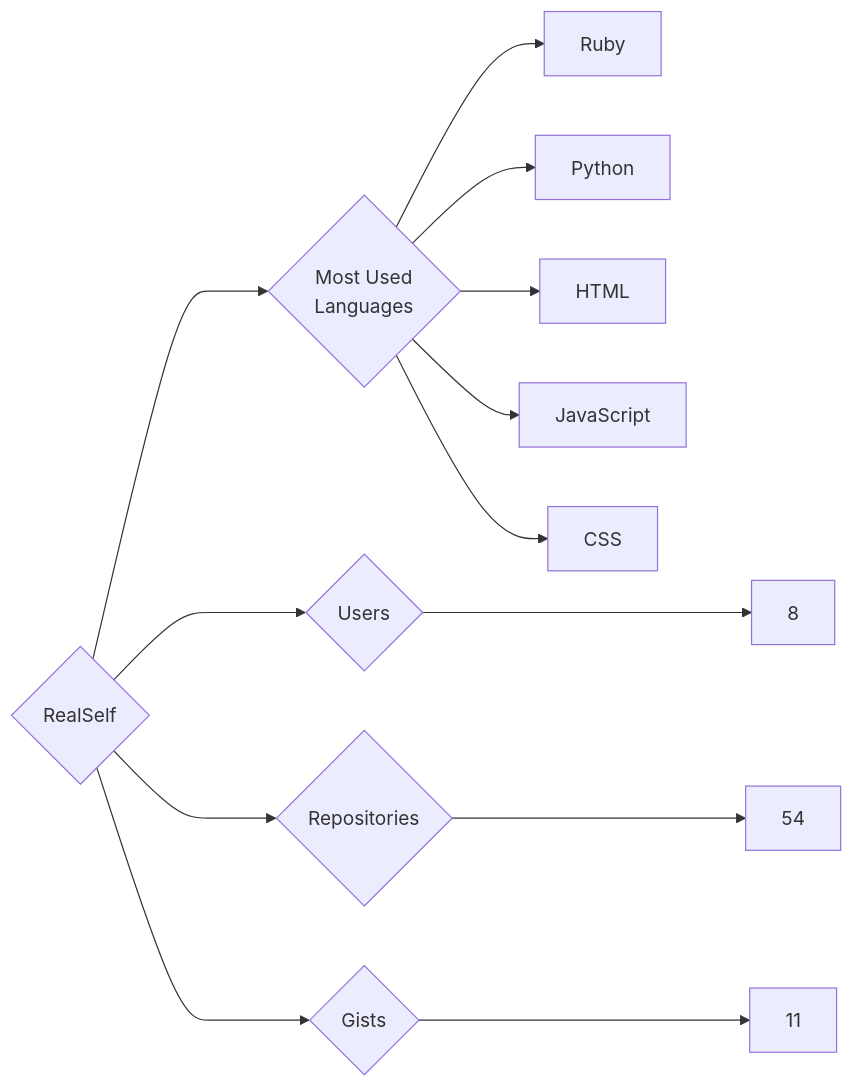
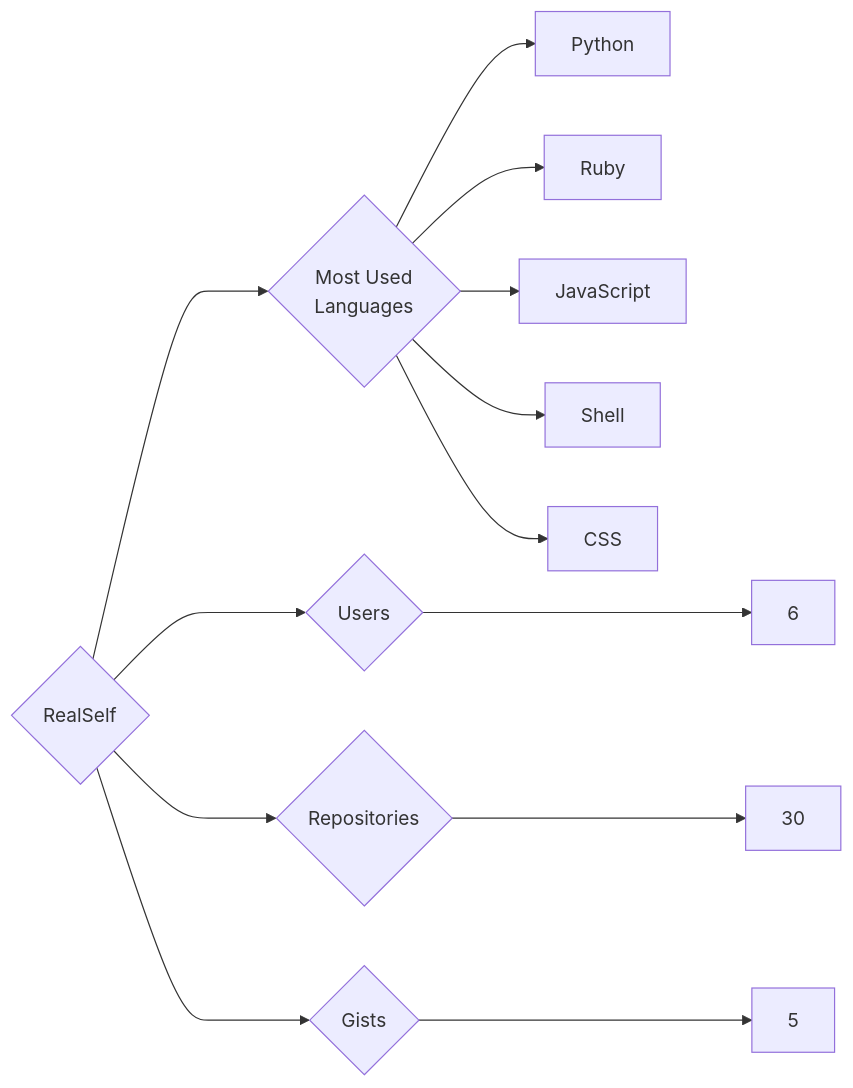
One commit to trickest/insiders changed the diagram in targets/RealSelf/README.md. Above: the diagram before and after it, drawn with Mermaid. The commit also changed 851 other files, not shown here.

````diff
--- a/targets/RealSelf/README.md
+++ b/targets/RealSelf/README.md
@@ -3,13 +3,13 @@
 ```mermaid
 graph LR
 COMPANY_NAME{RealSelf}
-COMPANY_NAME ---> U{Users} ---> UN[8]
-COMPANY_NAME ---> R{Repositories} ---> RN[54]
-COMPANY_NAME ---> G{Gists} ---> GN[11]
+COMPANY_NAME ---> U{Users} ---> UN[6]
+COMPANY_NAME ---> R{Repositories} ---> RN[30]
+COMPANY_NAME ---> G{Gists} ---> GN[5]
 COMPANY_NAME ---> ML{Most Used<br>Languages}
+ML --> Python[Python]
 ML --> Ruby[Ruby]
-ML --> Python[Python]
-ML --> HTML[HTML]
 ML --> JavaScript[JavaScript]
+ML --> Shell[Shell]
 ML --> CSS[CSS]
 ```
````
